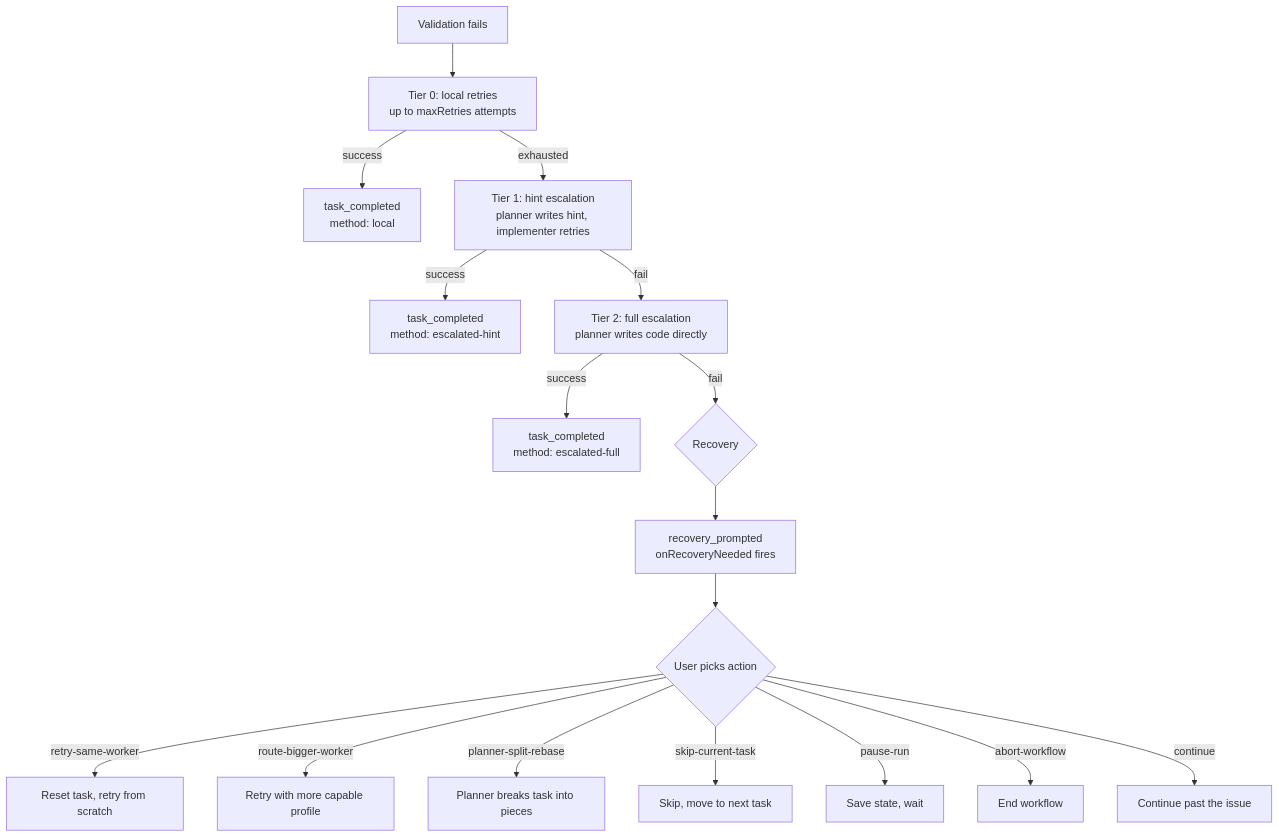
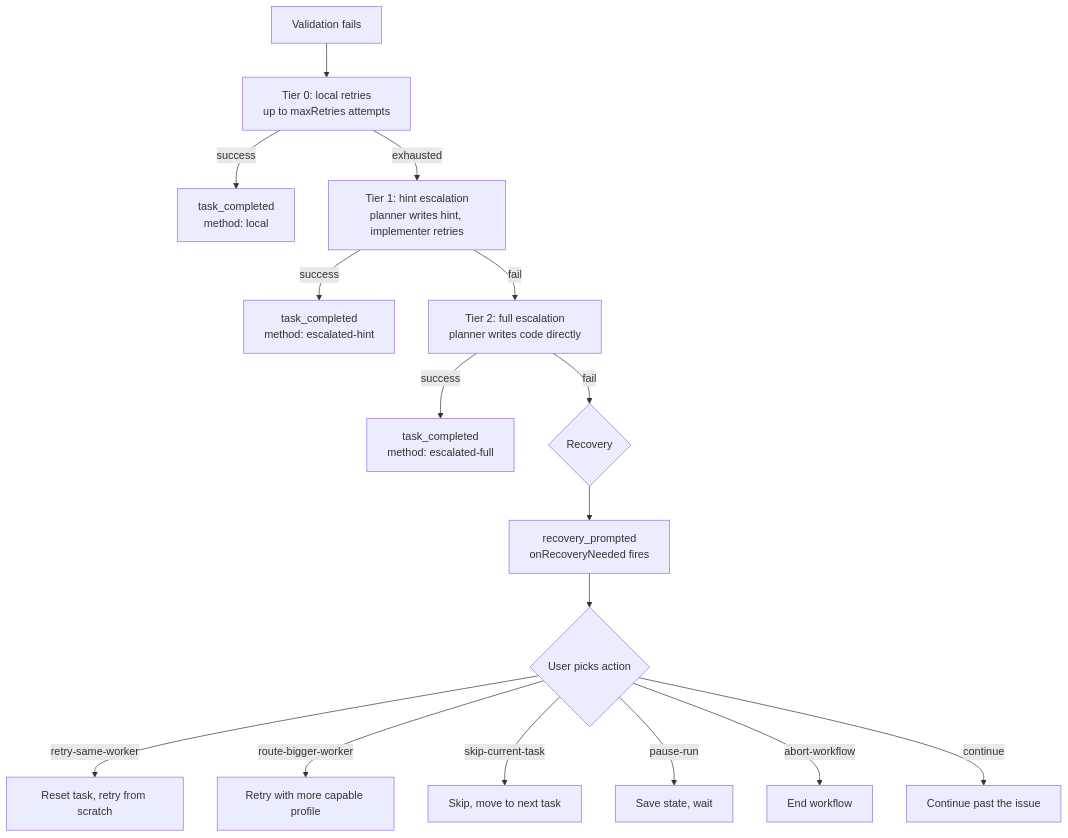
The diagram in docs/APPROVAL-AND-RECOVERY.md (b4r7x/splitbrief), drawn with Mermaid before and after one commit. The commit also changed other lines of this file and 133 other files, not shown here.

````diff
--- a/docs/APPROVAL-AND-RECOVERY.md
+++ b/docs/APPROVAL-AND-RECOVERY.md
@@ -122,19 +122,18 @@
 ```mermaid
 flowchart TD
     VF[Validation fails] --> T0[Tier 0: local retries<br/>up to maxRetries attempts]
     T0 -->|success| DONE[task_completed<br/>method: local]
     T0 -->|exhausted| T1[Tier 1: hint escalation<br/>planner writes hint, implementer retries]
     T1 -->|success| DONE1[task_completed<br/>method: escalated-hint]
     T1 -->|fail| T2[Tier 2: full escalation<br/>planner writes code directly]
     T2 -->|success| DONE2[task_completed<br/>method: escalated-full]
     T2 -->|fail| REC{Recovery}
     REC --> PROMPT[recovery_prompted<br/>onRecoveryNeeded fires]
     PROMPT --> USER{User picks action}
     USER -->|retry-same-worker| RESET[Reset task, retry from scratch]
     USER -->|route-bigger-worker| BIGGER[Retry with more capable profile]
-    USER -->|planner-split-rebase| SPLIT[Planner breaks task into pieces]
     USER -->|skip-current-task| SKIP[Skip, move to next task]
     USER -->|pause-run| PAUSE[Save state, wait]
     USER -->|abort-workflow| ABORT[End workflow]
     USER -->|continue| CONT[Continue past the issue]
 ```
````
